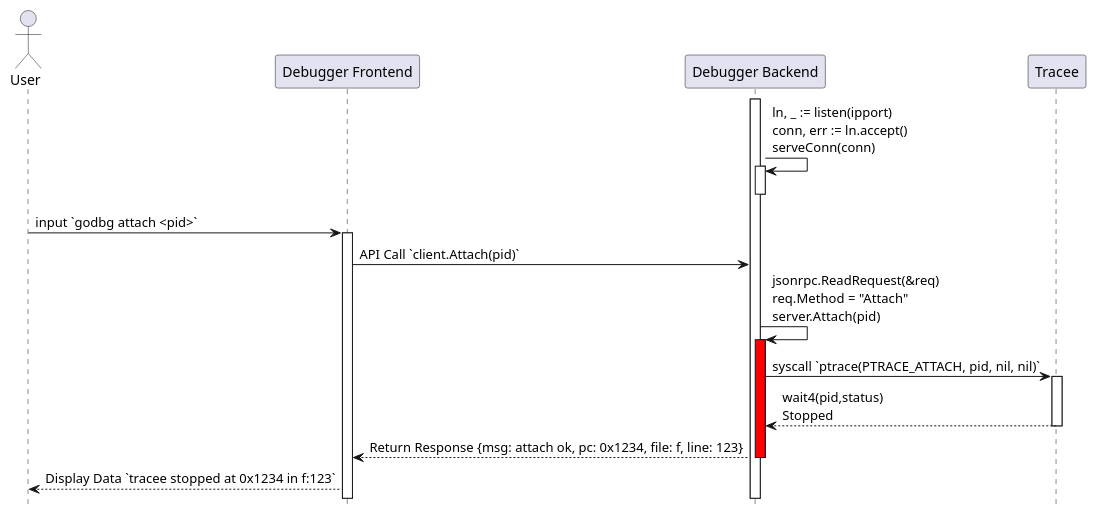
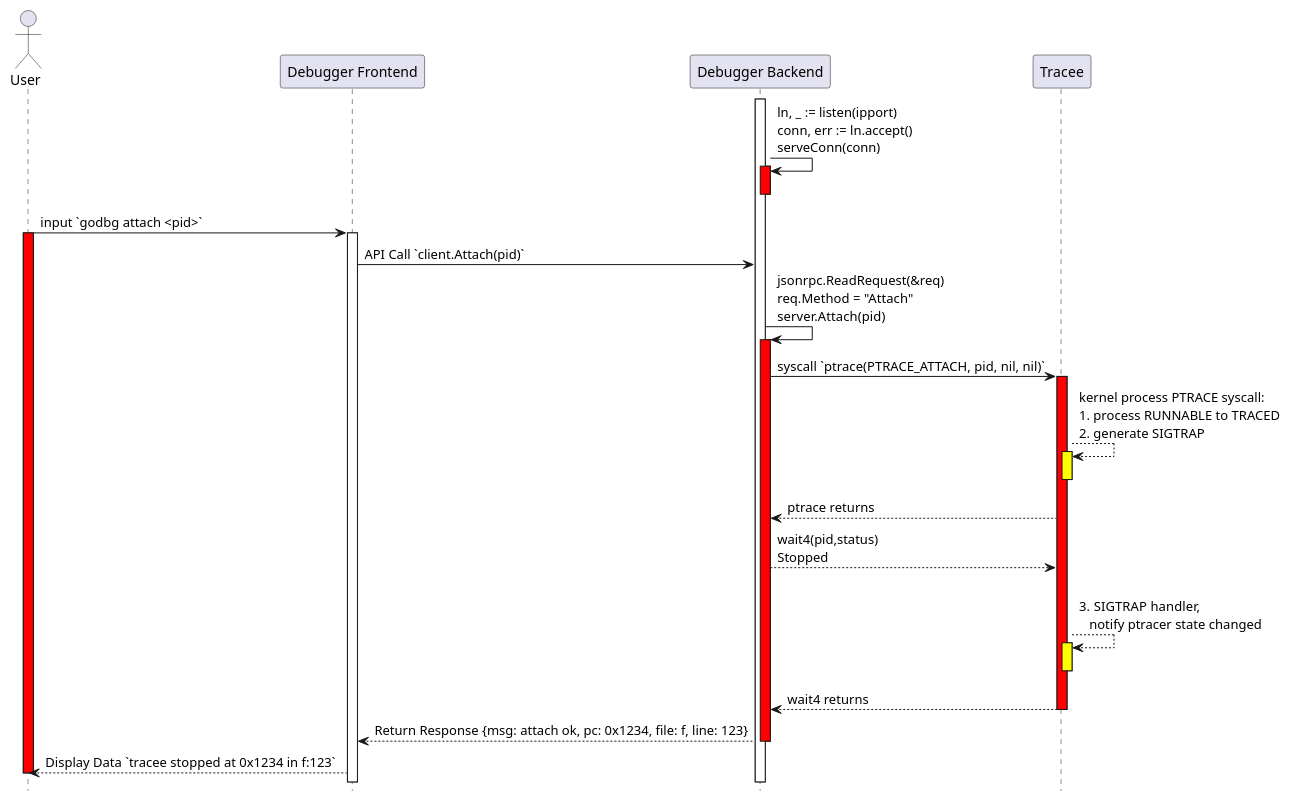
Before and after one commit to hitzhangjie/tinydbg: the diagram in articles/00-how-attach-works.puml, drawn with PlantUML.

Commit message:
tinydbg/articles: how attach works

```diff
--- a/articles/00-how-attach-works.puml
+++ b/articles/00-how-attach-works.puml
@@ -1,32 +1,46 @@
 @startuml
 
 hide footbox
 
 actor User
 participant "Debugger Frontend" as FE
 participant "Debugger Backend" as BE
 participant "Tracee" as TP
 
 activate BE
 
 BE -> BE: ln, _ := listen(ipport)\nconn, err := ln.accept()\nserveConn(conn)
-activate BE
+activate BE #ff0000
 deactivate BE
 
 
-User -> FE: input `godbg attach <pid>`
+User -> FE : input `godbg attach <pid>`
+activate User #ff0000
 activate FE
 FE -> BE: API Call `client.Attach(pid)`
 BE -> BE: jsonrpc.ReadRequest(&req)\nreq.Method = "Attach"\nserver.Attach(pid)
 activate BE #ff0000
 
 BE -> TP: syscall `ptrace(PTRACE_ATTACH, pid, nil, nil)`
-activate TP
-TP --> BE: wait4(pid,status)\nStopped 
+activate TP #ff0000
+TP --> TP: kernel process PTRACE syscall:\n1. process RUNNABLE to TRACED\n2. generate SIGTRAP
+activate TP #ffff00
+deactivate TP
+TP --> BE: ptrace returns
+
+BE --> TP: wait4(pid,status)\nStopped 
+
+TP --> TP: \n3. SIGTRAP handler,\n   notify ptracer state changed
+activate TP #ffff00
+deactivate TP
+
+TP --> BE: wait4 returns
+
 deactivate TP
 BE --> FE: Return Response {msg: attach ok, pc: 0x1234, file: f, line: 123}
 deactivate BE
 
 FE --> User: Display Data `tracee stopped at 0x1234 in f:123`
+deactivate User
 
 @enduml
```
